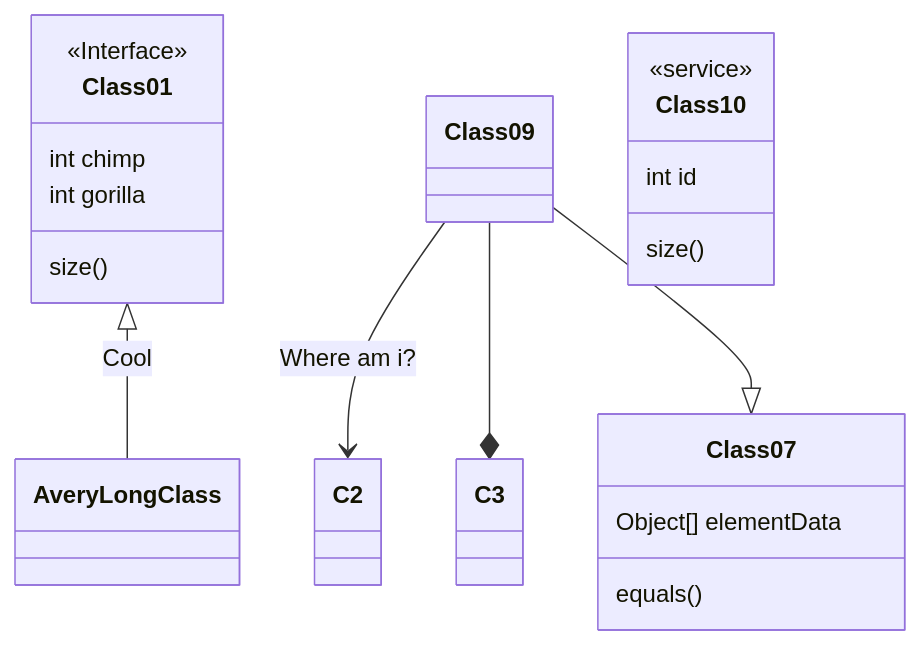
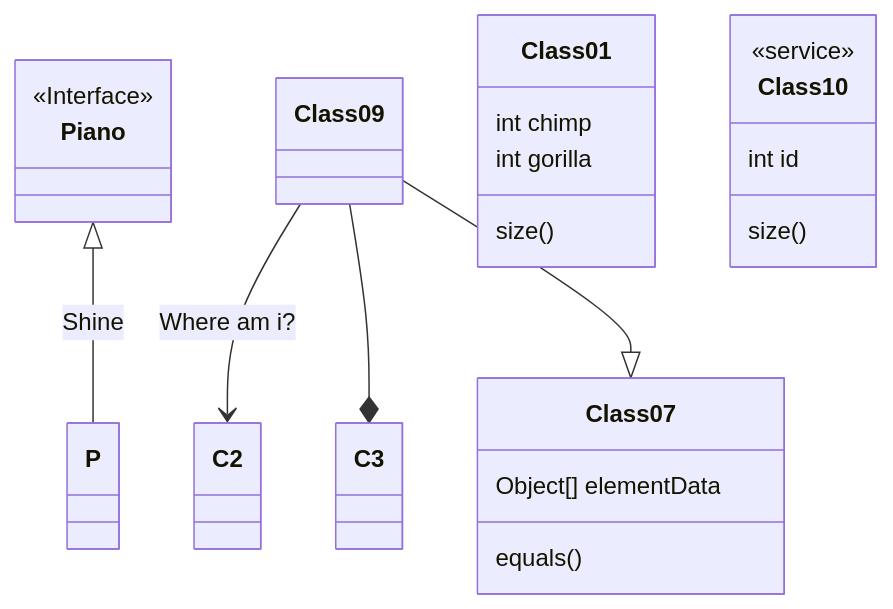
The diagram in README.md (junthimapianopromwang/CheckNamesys), drawn with Mermaid before and after one commit.

````diff
--- a/README.md
+++ b/README.md
@@ -16,18 +16,19 @@
 ```mermaid
 classDiagram
-Class01 <|-- AveryLongClass : Cool
-<<Interface>> Class01
+Piano <|-- P: Shine
+<<Interface>> Piano
 Class09 --> C2 : Where am i?
 Class09 --* C3
 Class09 --|> Class07
 Class07 : equals()
 Class07 : Object[] elementData
 Class01 : size()
 Class01 : int chimp
 Class01 : int gorilla
 class Class10 {
   <<service>>
   int id
   size()
 }
+
 ```
````
